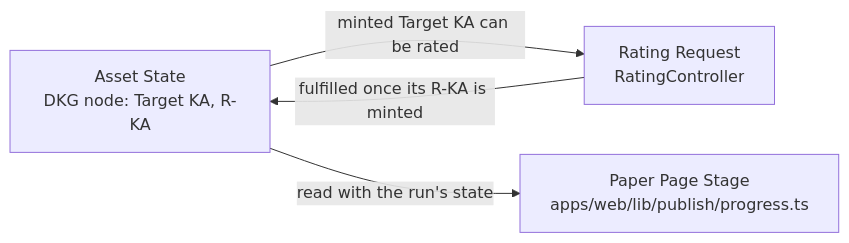
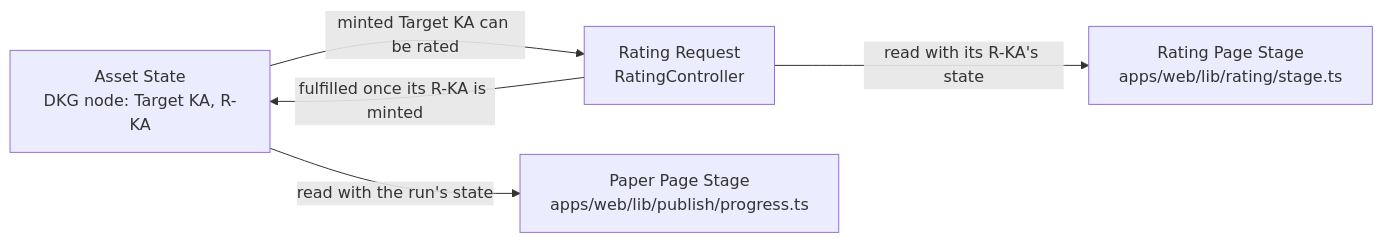
One commit to SiegfriedBz/labstrail changed the diagram in .omm/state-transitions/diagram.mmd. Above: the diagram before and after it, drawn with Mermaid. The commit also changed 170 other files, not shown here.

```diff
--- a/.omm/state-transitions/diagram.mmd
+++ b/.omm/state-transitions/diagram.mmd
@@ -1,4 +1,5 @@
 graph LR
     asset-state["Asset State\nDKG node: Target KA, R-KA"] -->|"minted Target KA can be rated"| rating-request["Rating Request\nRatingController"]
     asset-state -->|"read with the run's state"| paper-page["Paper Page Stage\napps/web/lib/publish/progress.ts"]
     rating-request -->|"fulfilled once its R-KA is minted"| asset-state
+    rating-request -->|"read with its R-KA's state"| rating-page["Rating Page Stage\napps/web/lib/rating/stage.ts"]
```
